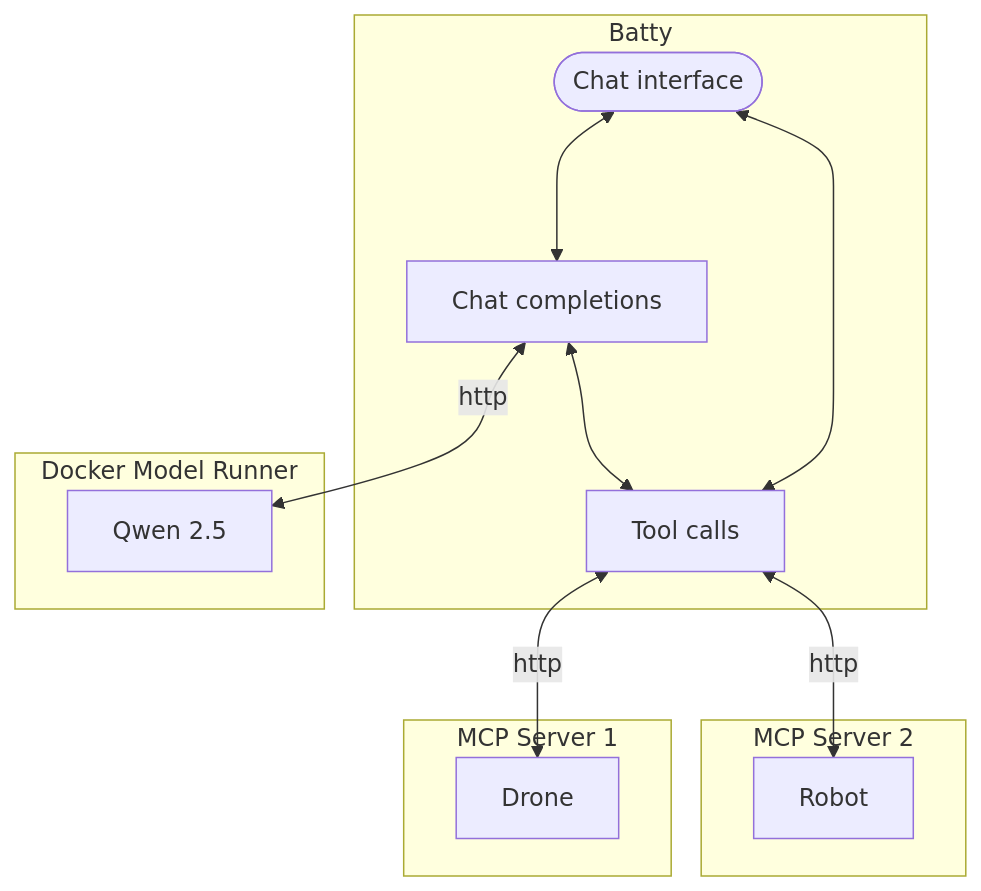
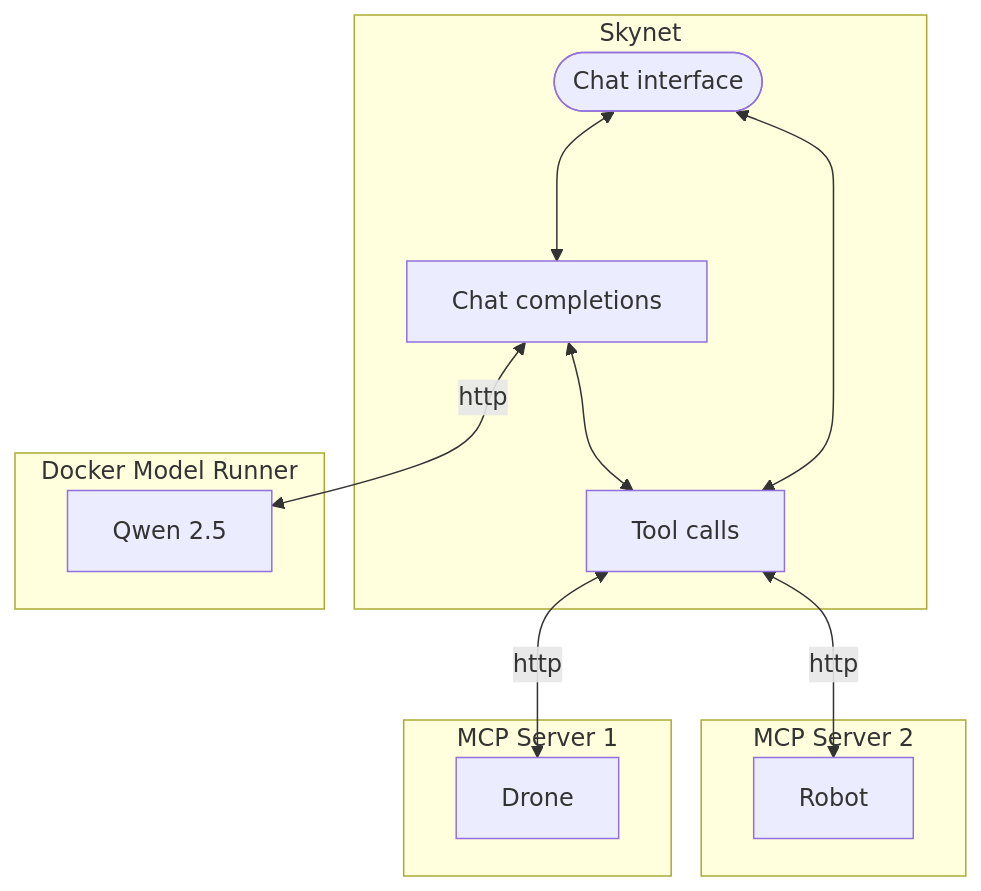
The first of 2 diagrams in README.md (hybridgroup/batty), drawn with Mermaid before and after one commit. The commit also changed other lines of this file and 3 other files, not shown here.

````diff
--- a/README.md
+++ b/README.md
@@ -15,21 +19,21 @@
 ```mermaid
 flowchart TD
-subgraph Batty
+subgraph Skynet
     A(["Chat interface"])
     A <---> C["Chat completions"]
     A <---> T["Tool calls"]
     C <--> T
 end
 subgraph "Docker Model Runner"
   M["Qwen 2.5"]
 end
 subgraph "MCP Server 1"
   D["Drone"]
 end
 subgraph "MCP Server 2"
   R["Robot"]
 end
 C <-- http --> M
 T <-- http --> D
 T <-- http --> R
 ```
````
